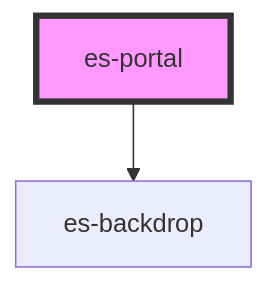
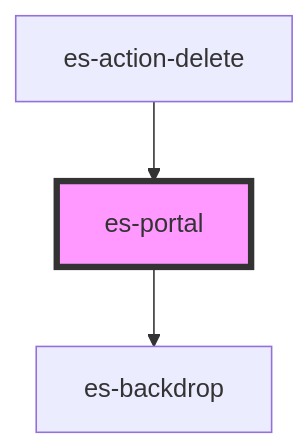
Before and after one commit to EventStore/Design-System: the diagram in packages/components/src/components/es-portal/readme.md, drawn with Mermaid. The commit also changed other lines of this file and 44 other files, not shown here.

````diff
--- a/packages/components/src/components/es-portal/readme.md
+++ b/packages/components/src/components/es-portal/readme.md
@@ -121,5 +125,6 @@
 ```mermaid
 graph TD;
   es-portal --> es-backdrop
+  es-action-delete --> es-portal
   style es-portal fill:#f9f,stroke:#333,stroke-width:4px
 ```
````
